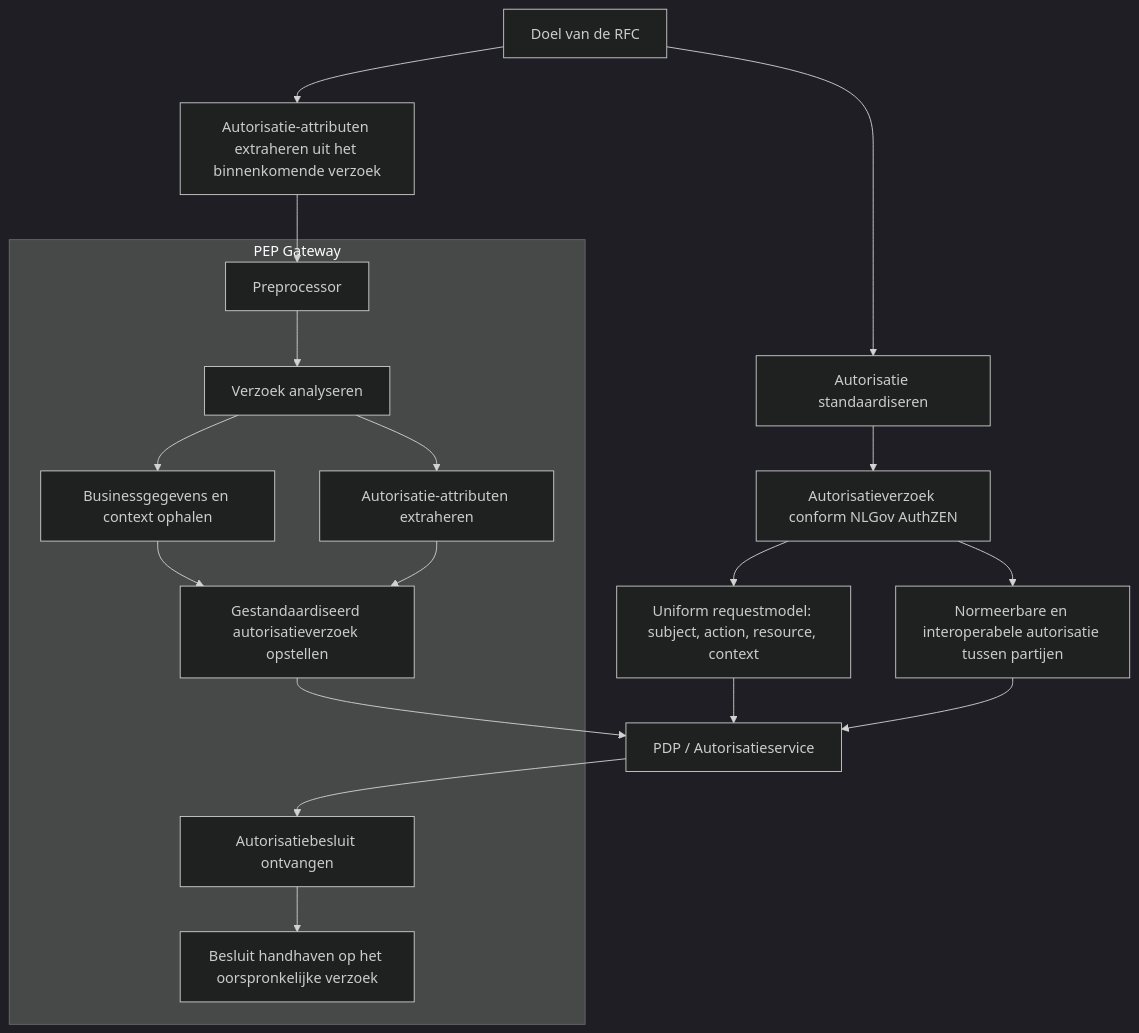
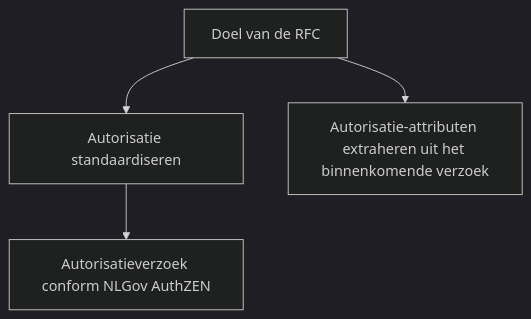
The first of 3 diagrams in RFC/RFC0052 - Autorisatie standaardisatie.md (iStandaarden/iWlz-RequestForComment), drawn with Mermaid (dark theme) before and after one commit. The commit also changed other lines of this file, not shown here.

````diff
--- a/RFC/RFC0052 - Autorisatie standaardisatie.md
+++ b/RFC/RFC0052 - Autorisatie standaardisatie.md
@@ -5,33 +5,10 @@
 ```mermaid
 flowchart TD
     A[Doel van de RFC] --> B[Autorisatie standaardiseren]
     A --> C[Autorisatie-attributen extraheren uit het binnenkomende verzoek]
 
     B --> G[Autorisatieverzoek conform NLGov AuthZEN]
-    G --> H[Uniform requestmodel: subject, action, resource, context]
-    G --> I[Normeerbare en interoperabele autorisatie tussen partijen]
 
-    subgraph PEP[PEP Gateway]
-        D[Preprocessor]
-        E[Verzoek analyseren]
-        F[Businessgegevens en context ophalen]
-        F1[Autorisatie-attributen extraheren]
-        F2[Gestandaardiseerd autorisatieverzoek opstellen]
-        K[Autorisatiebesluit ontvangen]
-        L[Besluit handhaven op het oorspronkelijke verzoek]
 
-        D --> E
-        E --> F
-        E --> F1
-        F --> F2
-        F1 --> F2
-        K --> L
-    end
-
-    C --> D
-    F2 --> J[PDP / Autorisatieservice]
-    H --> J
-    I --> J
-    J --> K
 
 ```
````
